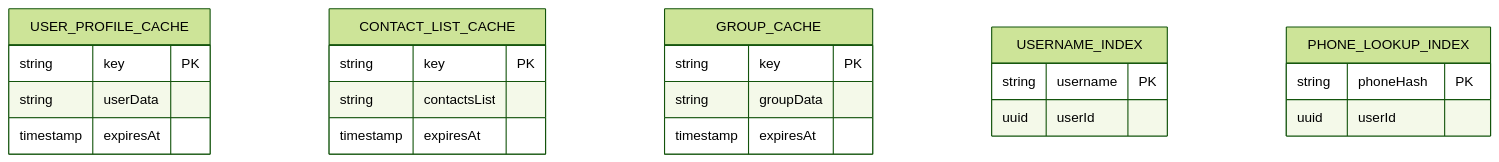
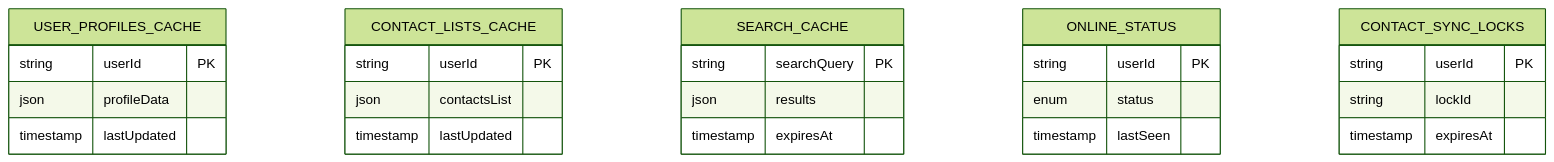
One commit to whispr-messenger/user-service changed the second of 6 diagrams in documentation/1_architecture/2_database_design.md. Above: the diagram before and after it, drawn with Mermaid (forest theme). The commit also changed other lines of this file and 19 other files, not shown here.

````diff
--- a/documentation/1_architecture/2_database_design.md
+++ b/documentation/1_architecture/2_database_design.md
@@ -255,26 +258,28 @@
 ```mermaid
 erDiagram
-    USER_PROFILE_CACHE {
-        string key PK
-        string userData
+    USER_PROFILES_CACHE {
+        string userId PK
+        json profileData
+        timestamp lastUpdated
+    }
+    CONTACT_LISTS_CACHE {
+        string userId PK
+        json contactsList
+        timestamp lastUpdated
+    }
+    SEARCH_CACHE {
+        string searchQuery PK
+        json results
         timestamp expiresAt
     }
-    CONTACT_LIST_CACHE {
-        string key PK
-        string contactsList
+    ONLINE_STATUS {
+        string userId PK
+        enum status
+        timestamp lastSeen
+    }
+    CONTACT_SYNC_LOCKS {
+        string userId PK
+        string lockId
         timestamp expiresAt
     }
-    GROUP_CACHE {
-        string key PK
-        string groupData
-        timestamp expiresAt
-    }
-    USERNAME_INDEX {
-        string username PK
-        uuid userId
-    }
-    PHONE_LOOKUP_INDEX {
-        string phoneHash PK
-        uuid userId
-    }
 ```
````
